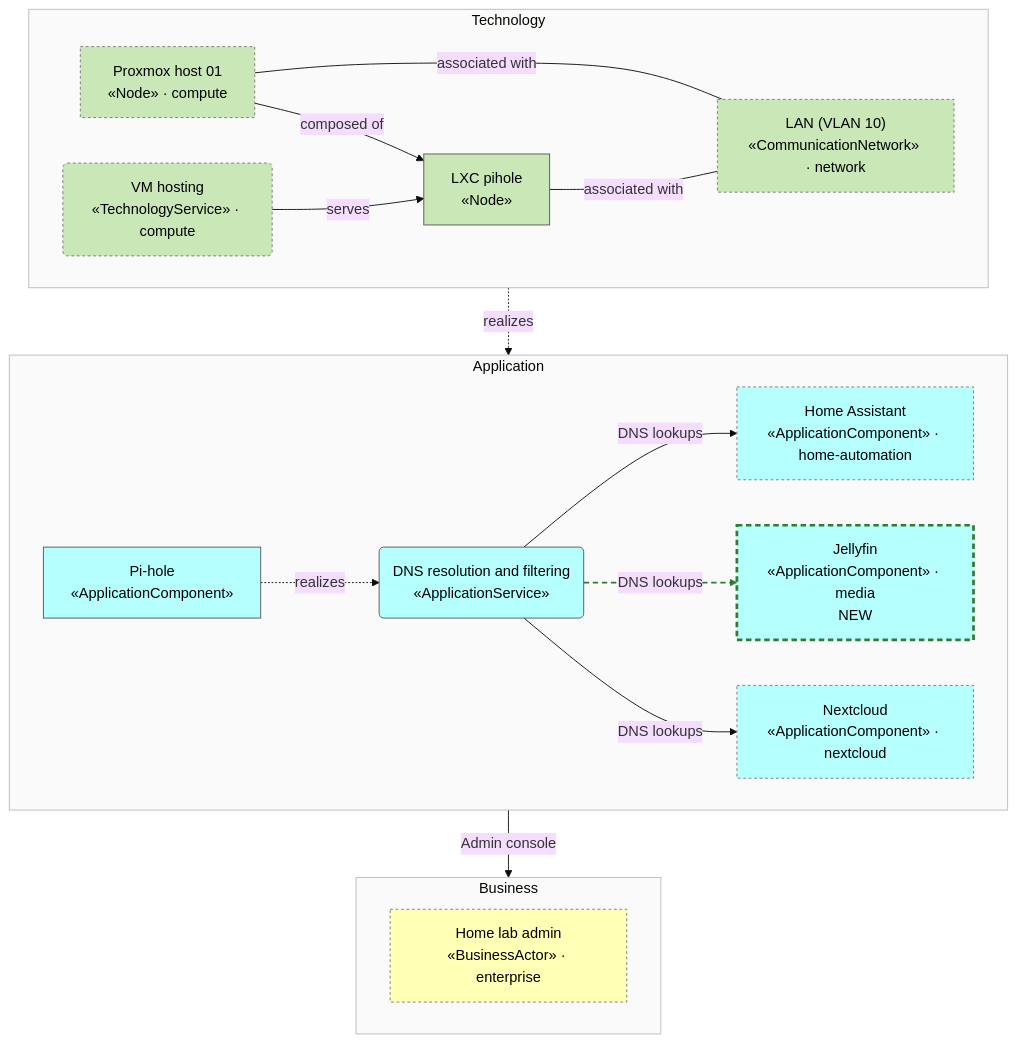
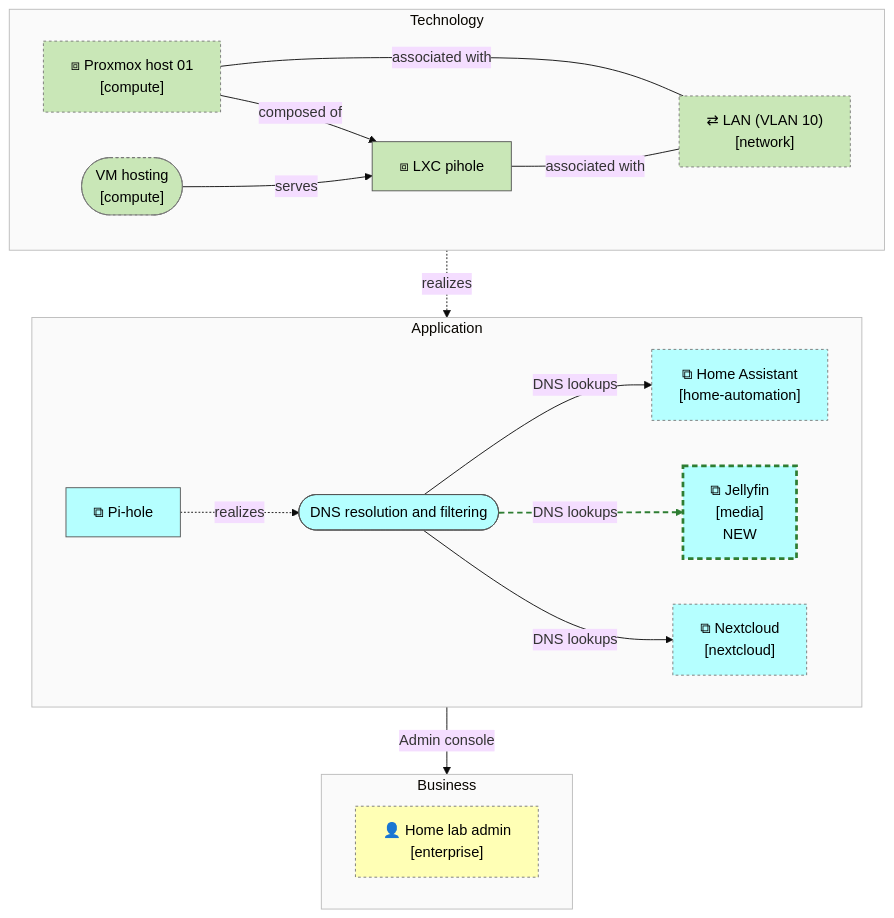
Before and after one commit to b-zig/a4m: the first of 3 diagrams in docs/dns/view-overview.md, drawn with Mermaid (base theme). The commit also changed other lines of this file and 15 other files, not shown here.

First line of the commit message:
Approximate ArchiMate notation in Mermaid flowcharts

````diff
--- a/docs/dns/view-overview.md
+++ b/docs/dns/view-overview.md
@@ -8,46 +8,46 @@
 ```mermaid
 flowchart TB
   subgraph layer_business["Business"]
     direction LR
-    enterprise__bus_admin["Home lab admin<br/>«BusinessActor» · enterprise"]
+    enterprise__bus_admin@{ shape: rect, label: "👤 Home lab admin<br/>[enterprise]" }
   end
   subgraph layer_application["Application"]
     direction LR
-    app_pihole["Pi-hole<br/>«ApplicationComponent»"]
-    app_svc_dns("DNS resolution and filtering<br/>«ApplicationService»")
-    home_automation__app_home_assistant["Home Assistant<br/>«ApplicationComponent» · home-automation"]
-    media__app_jellyfin["Jellyfin<br/>«ApplicationComponent» · media<br/>NEW"]
-    nextcloud__app_nextcloud["Nextcloud<br/>«ApplicationComponent» · nextcloud"]
+    app_pihole@{ shape: rect, label: "⧉ Pi-hole" }
+    app_svc_dns@{ shape: stadium, label: "DNS resolution and filtering" }
+    home_automation__app_home_assistant@{ shape: rect, label: "⧉ Home Assistant<br/>[home-automation]" }
+    media__app_jellyfin@{ shape: rect, label: "⧉ Jellyfin<br/>[media]<br/>NEW" }
+    nextcloud__app_nextcloud@{ shape: rect, label: "⧉ Nextcloud<br/>[nextcloud]" }
   end
   subgraph layer_technology["Technology"]
     direction LR
-    tech_lxc_pihole["LXC pihole<br/>«Node»"]
-    compute__tech_pve_01["Proxmox host 01<br/>«Node» · compute"]
-    compute__tech_svc_vm_hosting("VM hosting<br/>«TechnologyService» · compute")
-    network__tech_net_lan["LAN (VLAN 10)<br/>«CommunicationNetwork» · network"]
+    tech_lxc_pihole@{ shape: rect, label: "⧈ LXC pihole" }
+    compute__tech_pve_01@{ shape: rect, label: "⧈ Proxmox host 01<br/>[compute]" }
+    compute__tech_svc_vm_hosting@{ shape: stadium, label: "VM hosting<br/>[compute]" }
+    network__tech_net_lan@{ shape: rect, label: "⇄ LAN (VLAN 10)<br/>[network]" }
   end
   app_pihole -.->|"realizes"| app_svc_dns
   app_svc_dns -->|"Admin console"| enterprise__bus_admin
   tech_lxc_pihole -.->|"realizes"| app_pihole
   compute__tech_pve_01 -->|"composed of"| tech_lxc_pihole
   compute__tech_svc_vm_hosting -->|"serves"| tech_lxc_pihole
   tech_lxc_pihole ---|"associated with"| network__tech_net_lan
   compute__tech_pve_01 ---|"associated with"| network__tech_net_lan
   app_svc_dns -->|"DNS lookups"| home_automation__app_home_assistant
   app_svc_dns -->|"DNS lookups"| media__app_jellyfin
   app_svc_dns -->|"DNS lookups"| nextcloud__app_nextcloud
   classDef business fill:#FFFFB5,stroke:#555,color:#000
   class enterprise__bus_admin business
   style layer_business fill:#fafafa,stroke:#bbb
   classDef application fill:#B5FFFF,stroke:#555,color:#000
   class app_pihole,app_svc_dns,home_automation__app_home_assistant,media__app_jellyfin,nextcloud__app_nextcloud application
   style layer_application fill:#fafafa,stroke:#bbb
   classDef technology fill:#C9E7B7,stroke:#555,color:#000
   class tech_lxc_pihole,compute__tech_pve_01,compute__tech_svc_vm_hosting,network__tech_net_lan technology
   style layer_technology fill:#fafafa,stroke:#bbb
   classDef foreign stroke:#777,stroke-dasharray:3 3
   class compute__tech_pve_01,compute__tech_svc_vm_hosting,enterprise__bus_admin,home_automation__app_home_assistant,media__app_jellyfin,network__tech_net_lan,nextcloud__app_nextcloud foreign
   classDef st_new stroke:#2e7d32,stroke-width:3px,stroke-dasharray:6 4
   class media__app_jellyfin st_new
   linkStyle 8 stroke:#2e7d32,stroke-width:2px,stroke-dasharray:6 4
 ```
````
